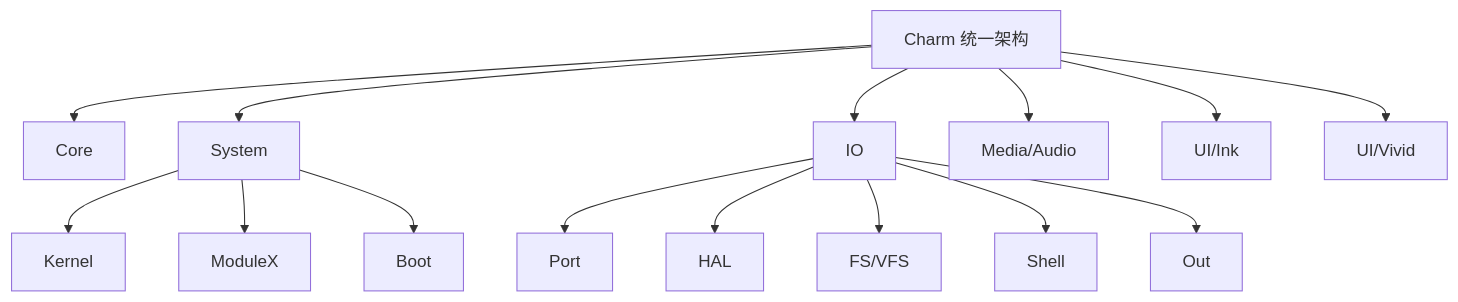
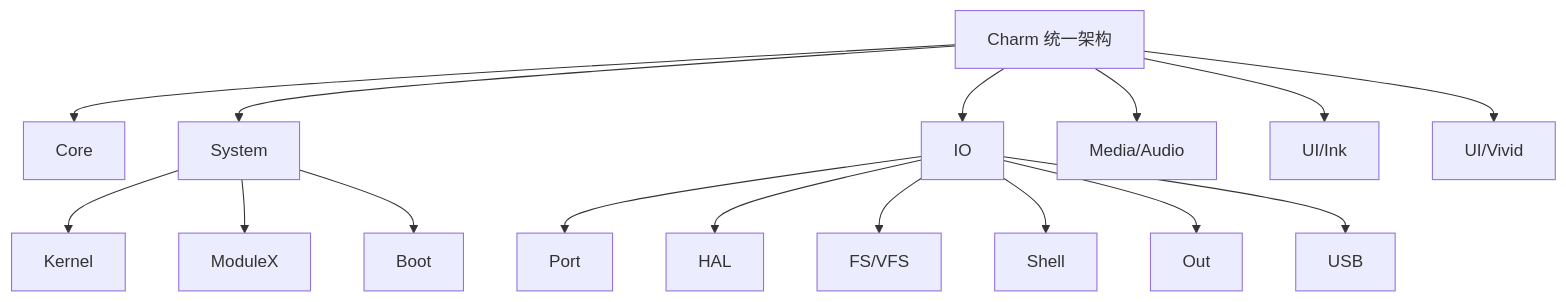
The first of 8 diagrams in docs/architecture_overview.md (Little-Red-Cap/Charm-os), drawn with Mermaid before and after one commit. The commit also changed other lines of this file and 2 other files, not shown here.

````diff
--- a/docs/architecture_overview.md
+++ b/docs/architecture_overview.md
@@ -15,17 +15,18 @@
 ```mermaid
 graph TD
     A[Charm 统一架构] --> C[Core]
     A --> SYS[System]
     A --> IO[IO]
     A --> AU[Media/Audio]
     A --> UI1[UI/Ink]
     A --> UI2[UI/Vivid]
     SYS --> K[Kernel]
     SYS --> M[ModuleX]
     SYS --> B[Boot]
     IO --> P[Port]
     IO --> H[HAL]
     IO --> F[FS/VFS]
     IO --> SH[Shell]
     IO --> OUT[Out]
+    IO --> USB[USB]
 ```
````
